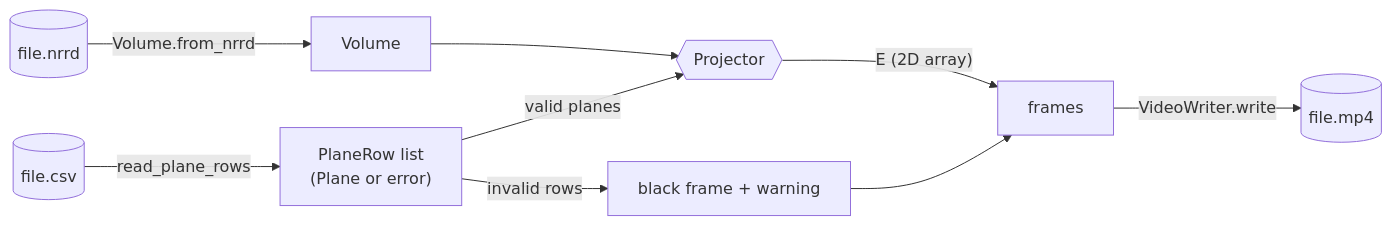
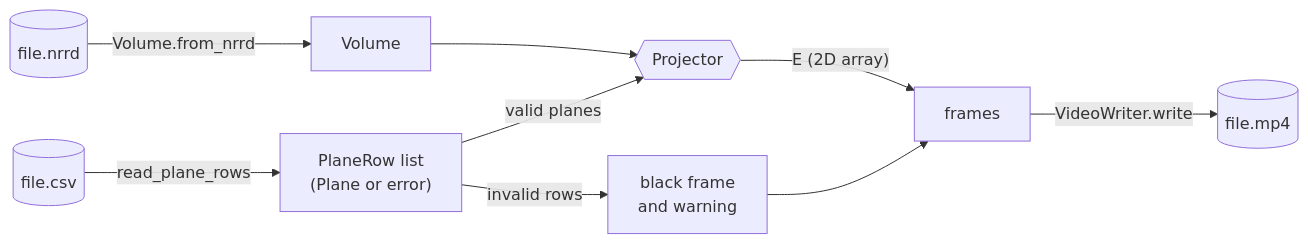
One commit to shiral2571-alt/SoftwareEngineering_Ex1 changed the first of 2 diagrams in docs/DESIGN.md. Above: the diagram before and after it, drawn with Mermaid.

Commit message:
Fix a cut-off label in the design flow diagram

````diff
--- a/docs/DESIGN.md
+++ b/docs/DESIGN.md
@@ -8,11 +8,11 @@
 ```mermaid
 flowchart LR
     NRRD[(file.nrrd)] -->|Volume.from_nrrd| V[Volume]
     CSV[(file.csv)] -->|read_plane_rows| R["PlaneRow list<br/>(Plane or error)"]
     V --> P{{Projector}}
     R -->|valid planes| P
-    R -->|invalid rows| B[black frame + warning]
+    R -->|invalid rows| B["black frame<br/>and warning"]
     P -->|"E (2D array)"| F[frames]
     B --> F
     F -->|VideoWriter.write| MP4[(file.mp4)]
 ```
````
